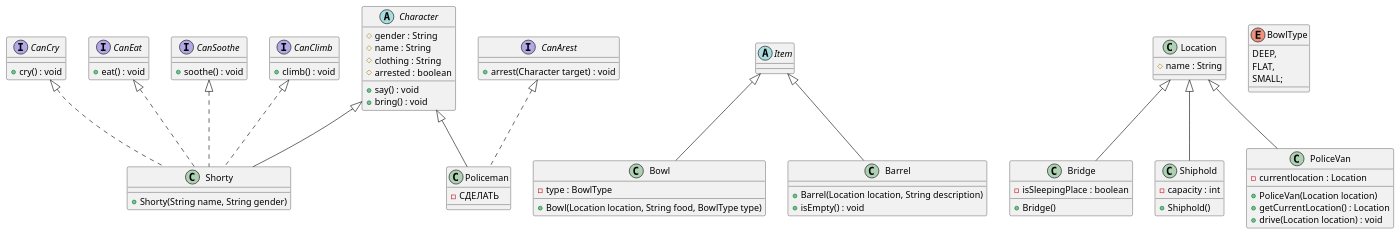
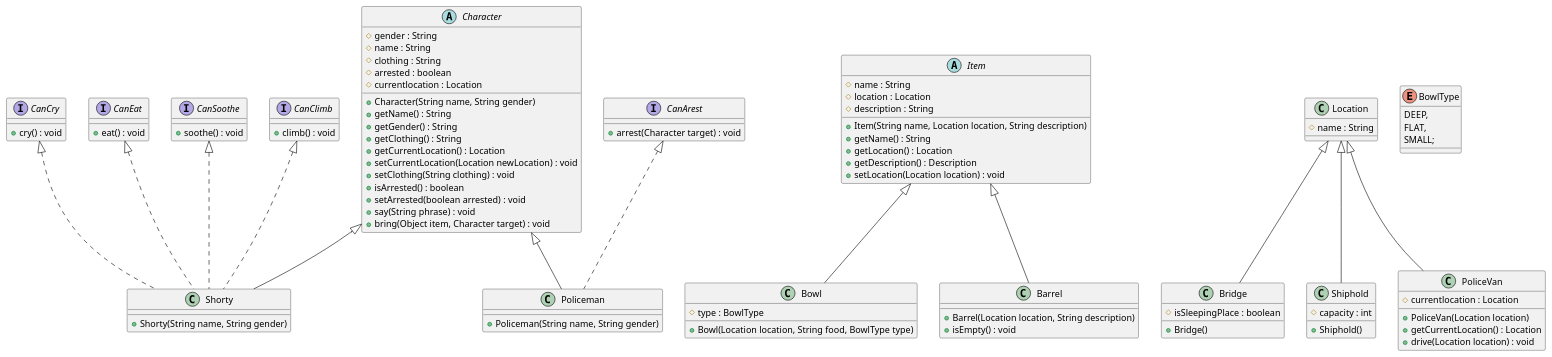
Before and after one commit to Kyburka/ITMO-VT-DUCK: the diagram in Programming/Labwork3/diagram.plantuml, drawn with PlantUML. The commit also changed 1 other file, not shown here.

```diff
--- a/Programming/Labwork3/diagram.plantuml
+++ b/Programming/Labwork3/diagram.plantuml
@@ -1,91 +1,108 @@
 @startuml story
 top to bottom direction
 
 abstract Character {
     #gender : String
     #name : String
     #clothing : String
     #arrested : boolean
-    +say() : void
-    +bring() : void
+    #currentlocation : Location
+    +Character(String name, String gender)
+    +getName() : String
+    +getGender() : String
+    +getClothing() : String
+    +getCurrentLocation() : Location
+    +setCurrentLocation(Location newLocation) : void
+    +setClothing(String clothing) : void
+    +isArrested() : boolean
+    +setArrested(boolean arrested) : void
+    +say(String phrase) : void
+    +bring(Object item, Character target) : void
 }
 
 abstract Item {
+    #name : String
+    #location : Location
+    #description : String
+    +Item(String name, Location location, String description)
+    +getName() : String
+    +getLocation() : Location
+    +getDescription() : Description
+    +setLocation(Location location) : void
 
 }
 class Location {
     #name : String
 }
 class Shorty {
     +Shorty(String name, String gender)
 }
 class Policeman {
-    -СДЕЛАТЬ
+    +Policeman(String name, String gender)
 }
 
 class Bridge {
-    -isSleepingPlace : boolean
+    #isSleepingPlace : boolean
     +Bridge()
 }
 class Shiphold {
-    -capacity : int
+    #capacity : int
     +Shiphold()
 }
 class PoliceVan {
     +PoliceVan(Location location)
     +getCurrentLocation() : Location
     +drive(Location location) : void
-    -currentlocation : Location
+    #currentlocation : Location
 }
 class Bowl {
-    -type : BowlType
+    #type : BowlType
     +Bowl(Location location, String food, BowlType type)
 }
 class Barrel {
     +Barrel(Location location, String description)
     +isEmpty() : void
 }
 
 enum BowlType {
     DEEP,
     FLAT,
     SMALL;
 }
 interface CanCry {
     +cry() : void
 }
 interface CanEat {
     +eat() : void
 }
 interface CanSoothe {
     +soothe() : void
 }
 interface CanClimb {
     +climb() : void
 }
 interface CanArest {
     +arrest(Character target) : void
 }
 
 Character <|-- Shorty
 Character <|-- Policeman
 
 Location <|-- Bridge
 Location <|-- PoliceVan
 Location <|-- Shiphold
 Item <|-- Bowl
 Item <|-- Barrel
 
 CanCry <|.. Shorty
 CanEat <|.. Shorty
 CanSoothe <|.. Shorty
 CanClimb <|.. Shorty
 CanArest <|.. Policeman
 
 skinparam class {
     BackgroundColor<<interface>> LightYellow
     BackgroundColor<<abstract>> LightBlue
 }
-skinparam noteBackgroundColor LightGreen
 
 @enduml
```
